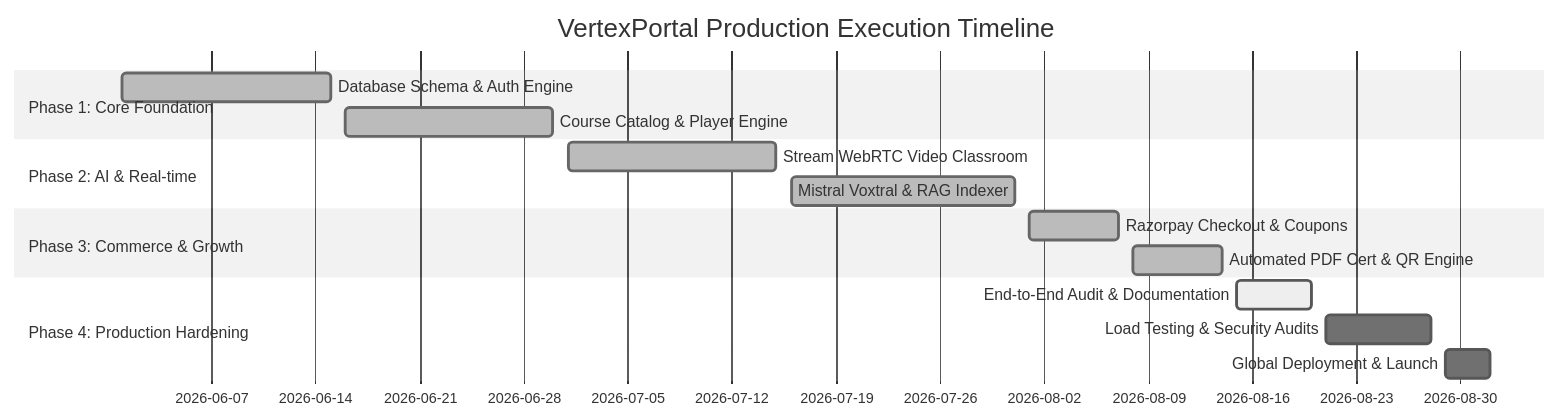
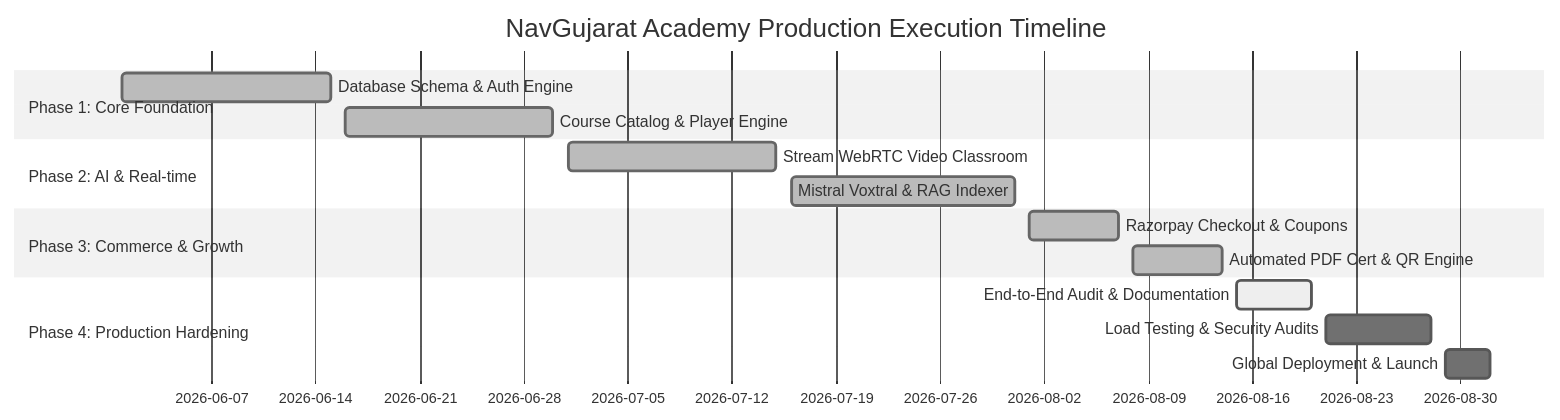
One commit to Panchalsujal/VertexPortal changed the diagram in docs/IMPLEMENTATION_PLAN.md. Above: the diagram before and after it, drawn with Mermaid (neutral theme). The commit also changed other lines of this file and 71 other files, not shown here.

Commit message:
Refactor application branding from VertexPortal to NavGujarat Academy across multiple components and pages, including updates to SEO titles, descriptions, and links for consistency and rebranding efforts.

````diff
--- a/docs/IMPLEMENTATION_PLAN.md
+++ b/docs/IMPLEMENTATION_PLAN.md
@@ -11,18 +11,18 @@
 ```mermaid
 gantt
-    title VertexPortal Production Execution Timeline
+    title NavGujarat Academy Production Execution Timeline
     dateFormat  YYYY-MM-DD
     section Phase 1: Core Foundation
     Database Schema & Auth Engine      :done,    p1_1, 2026-06-01, 2026-06-15
     Course Catalog & Player Engine    :done,    p1_2, 2026-06-16, 2026-06-30
     section Phase 2: AI & Real-time
     Stream WebRTC Video Classroom     :done,    p2_1, 2026-07-01, 2026-07-15
     Mistral Voxtral & RAG Indexer     :done,    p2_2, 2026-07-16, 2026-07-31
     section Phase 3: Commerce & Growth
     Razorpay Checkout & Coupons       :done,    p3_1, 2026-08-01, 2026-08-07
     Automated PDF Cert & QR Engine    :done,    p3_2, 2026-08-08, 2026-08-14
     section Phase 4: Production Hardening
     End-to-End Audit & Documentation  :active,  p4_1, 2026-08-15, 2026-08-20
     Load Testing & Security Audits    :         p4_2, 2026-08-21, 2026-08-28
     Global Deployment & Launch        :         p4_3, 2026-08-29, 2026-09-01
 ```
````
